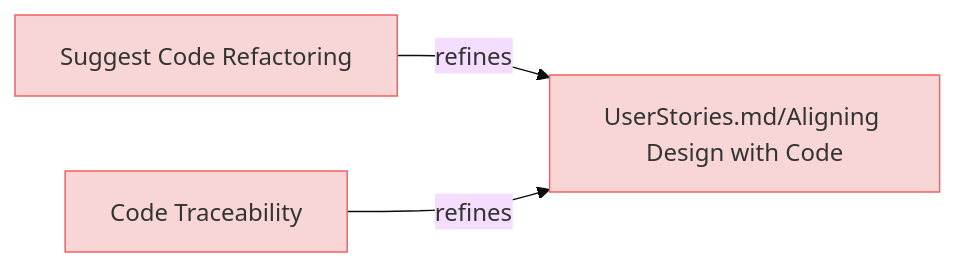
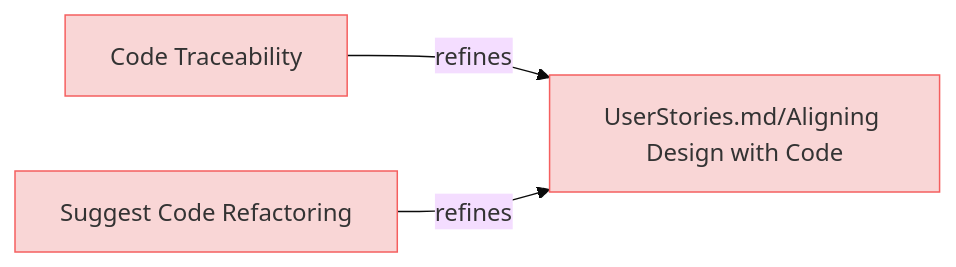
The second of 9 diagrams in specifications/UserRequirements.md (reqvire-org/reqvire), drawn with Mermaid (base theme) before and after one commit. The commit also changed other lines of this file and 17 other files, not shown here.

First line of the commit message:
Enhance diagram links with stable git repository URLs

````diff
--- a/specifications/UserRequirements.md
+++ b/specifications/UserRequirements.md
@@ -107,20 +107,20 @@
 ```mermaid
 graph LR;
   %% Graph styling
   classDef requirement fill:#f9d6d6,stroke:#f55f5f,stroke-width:1px;
   classDef verification fill:#d6f9d6,stroke:#5fd75f,stroke-width:1px;
   classDef externalLink fill:#d0e0ff,stroke:#3080ff,stroke-width:1px;
   classDef default fill:#f5f5f5,stroke:#333333,stroke-width:1px;
 
-  5922f3ef031b5fea["Suggest Code Refactoring"];
-  click 5922f3ef031b5fea "UserRequirements.md#suggest-code-refactoring";
-  class 5922f3ef031b5fea requirement;
+  1fc4e44d5fd988a6["Code Traceability"];
+  click 1fc4e44d5fd988a6 "https://github.com/ilijaljubicic/ReqFlow/blob/a94231473c9a4a56fe21608ebd13787e0cc3f2dc/specifications/UserRequirements.md#code-traceability";
+  class 1fc4e44d5fd988a6 requirement;
   de2d3516cd5ef91d["UserStories.md/Aligning Design with Code"];
   class de2d3516cd5ef91d requirement;
-  click de2d3516cd5ef91d "UserStories.md#aligning-design-with-code";
+  click de2d3516cd5ef91d "https://github.com/ilijaljubicic/ReqFlow/blob/a94231473c9a4a56fe21608ebd13787e0cc3f2dc/specifications/UserStories.md#aligning-design-with-code";
+  1fc4e44d5fd988a6 -->|refines| de2d3516cd5ef91d;
+  5922f3ef031b5fea["Suggest Code Refactoring"];
+  click 5922f3ef031b5fea "https://github.com/ilijaljubicic/ReqFlow/blob/a94231473c9a4a56fe21608ebd13787e0cc3f2dc/specifications/UserRequirements.md#suggest-code-refactoring";
+  class 5922f3ef031b5fea requirement;
   5922f3ef031b5fea -->|refines| de2d3516cd5ef91d;
-  1fc4e44d5fd988a6["Code Traceability"];
-  click 1fc4e44d5fd988a6 "UserRequirements.md#code-traceability";
-  class 1fc4e44d5fd988a6 requirement;
-  1fc4e44d5fd988a6 -->|refines| de2d3516cd5ef91d;
 ```
````
